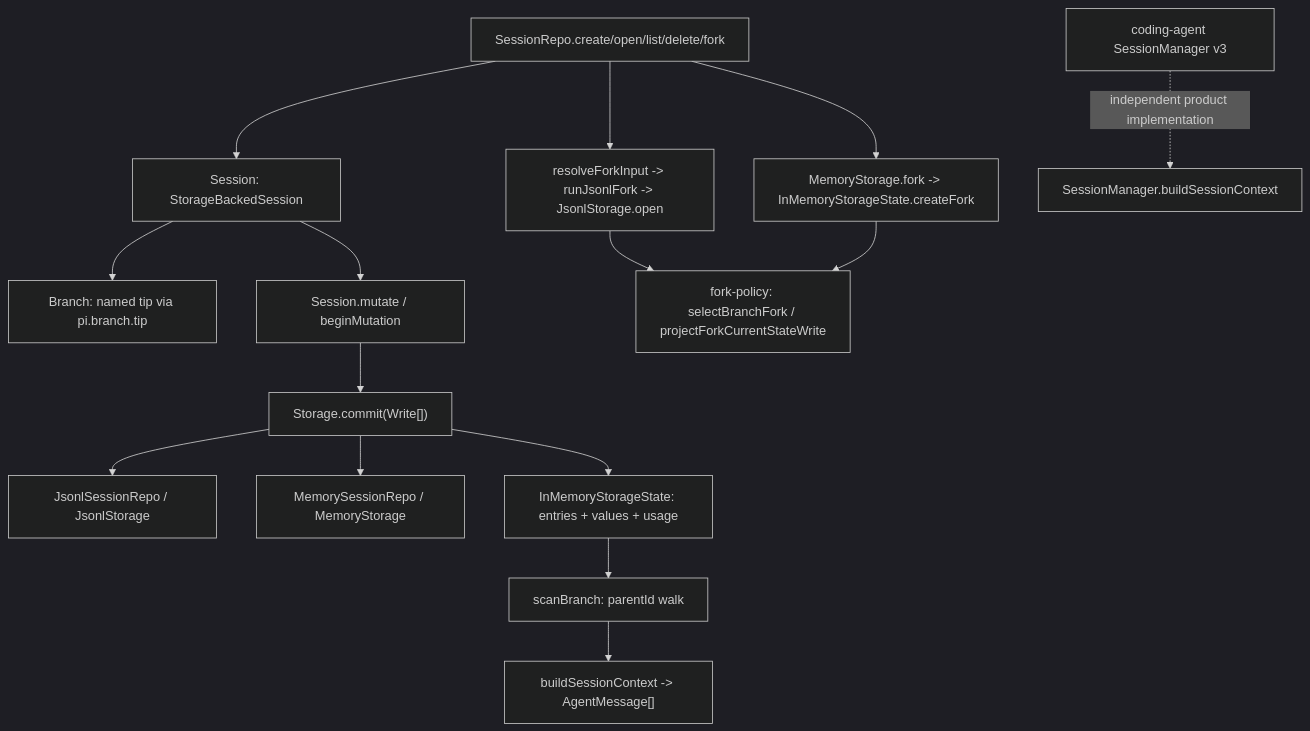
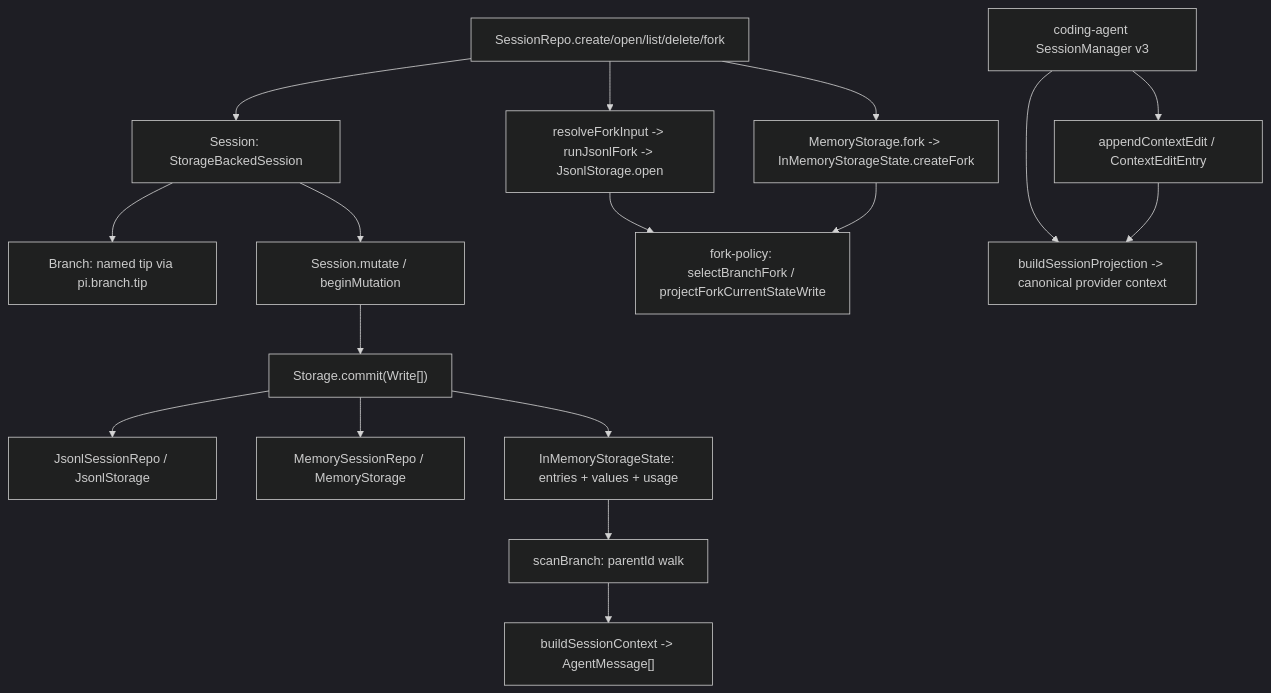
The diagram in docs/llm-wiki/pi/spine/session-state-model.md (wdnmdtonyma/SOTA-Agent-LLM-Wiki), drawn with Mermaid (dark theme) before and after one commit. The commit also changed other lines of this file and 225 other files, not shown here.

````diff
--- a/docs/llm-wiki/pi/spine/session-state-model.md
+++ b/docs/llm-wiki/pi/spine/session-state-model.md
@@ -64,17 +69,19 @@
 ```mermaid
 flowchart TD
-    Repo["SessionRepo.create/open/list/delete/fork"] --> Sess["Session: StorageBackedSession"]
-    Sess --> Branch["Branch: named tip via pi.branch.tip"]
-    Sess --> Mut["Session.mutate / beginMutation"]
-    Mut --> Store["Storage.commit(Write[])"]
-    Store --> Jsonl["JsonlSessionRepo / JsonlStorage"]
-    Store --> Mem["MemorySessionRepo / MemoryStorage"]
-    Store --> State["InMemoryStorageState: entries + values + usage"]
-    Repo --> JsonlFork["resolveForkInput -> runJsonlFork -> JsonlStorage.open"]
-    Repo --> MemFork["MemoryStorage.fork -> InMemoryStorageState.createFork"]
-    JsonlFork --> Policy["fork-policy: selectBranchFork / projectForkCurrentStateWrite"]
-    MemFork --> Policy
-    State --> Walk["scanBranch: parentId walk"]
-    Walk --> Ctx["buildSessionContext -> AgentMessage[]"]
-    CA["coding-agent SessionManager v3"] -. "independent product implementation" .-> ProductCtx["SessionManager.buildSessionContext"]
+ Repo["SessionRepo.create/open/list/delete/fork"] --> Sess["Session: StorageBackedSession"]
+ Sess --> Branch["Branch: named tip via pi.branch.tip"]
+ Sess --> Mut["Session.mutate / beginMutation"]
+ Mut --> Store["Storage.commit(Write[])"]
+ Store --> Jsonl["JsonlSessionRepo / JsonlStorage"]
+ Store --> Mem["MemorySessionRepo / MemoryStorage"]
+ Store --> State["InMemoryStorageState: entries + values + usage"]
+ Repo --> JsonlFork["resolveForkInput -> runJsonlFork -> JsonlStorage.open"]
+ Repo --> MemFork["MemoryStorage.fork -> InMemoryStorageState.createFork"]
+ JsonlFork --> Policy["fork-policy: selectBranchFork / projectForkCurrentStateWrite"]
+ MemFork --> Policy
+ State --> Walk["scanBranch: parentId walk"]
+ Walk --> Ctx["buildSessionContext -> AgentMessage[]"]
+ CA["coding-agent SessionManager v3"] --> Edit["appendContextEdit / ContextEditEntry"]
+ CA --> ProductCtx["buildSessionProjection -> canonical provider context"]
+ Edit --> ProductCtx
 ```
````
